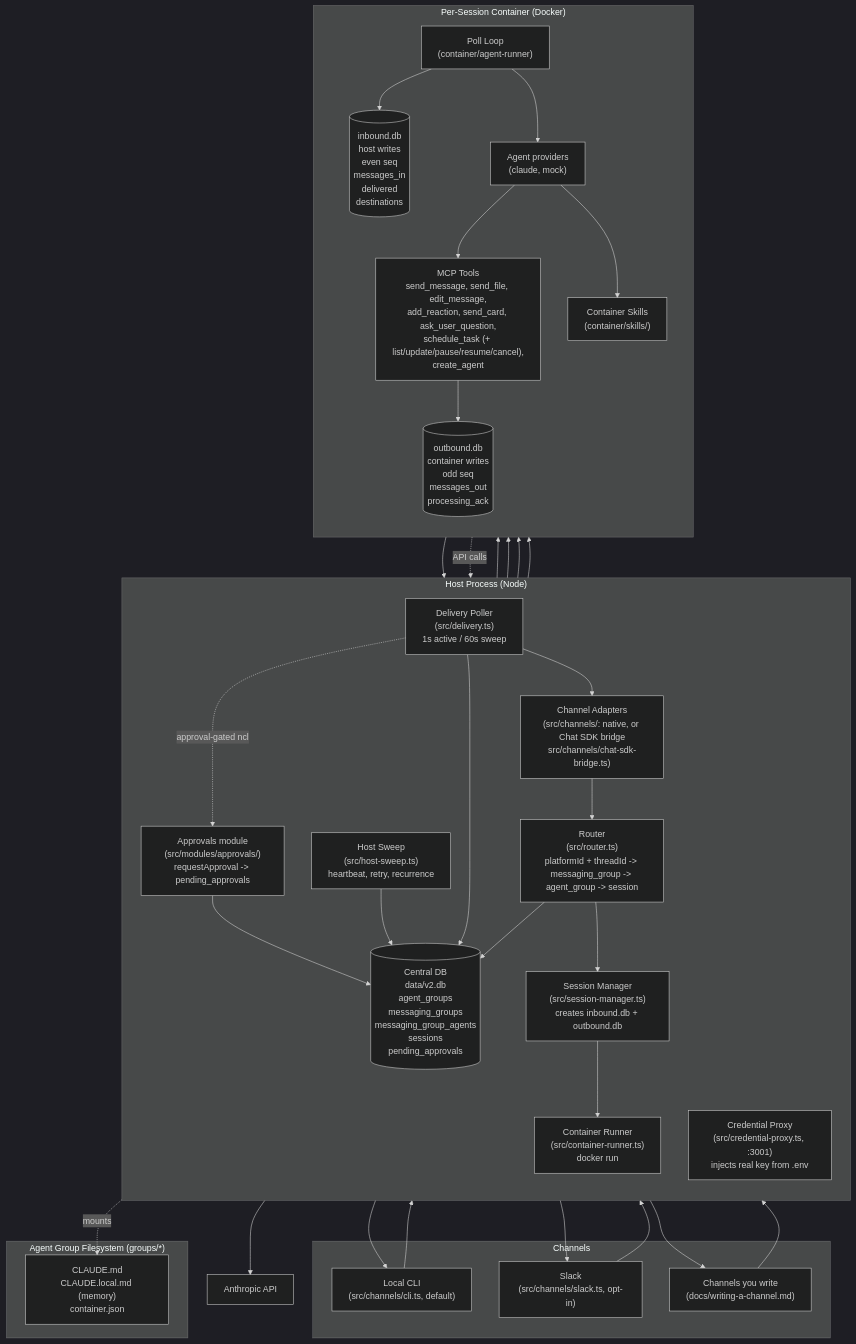
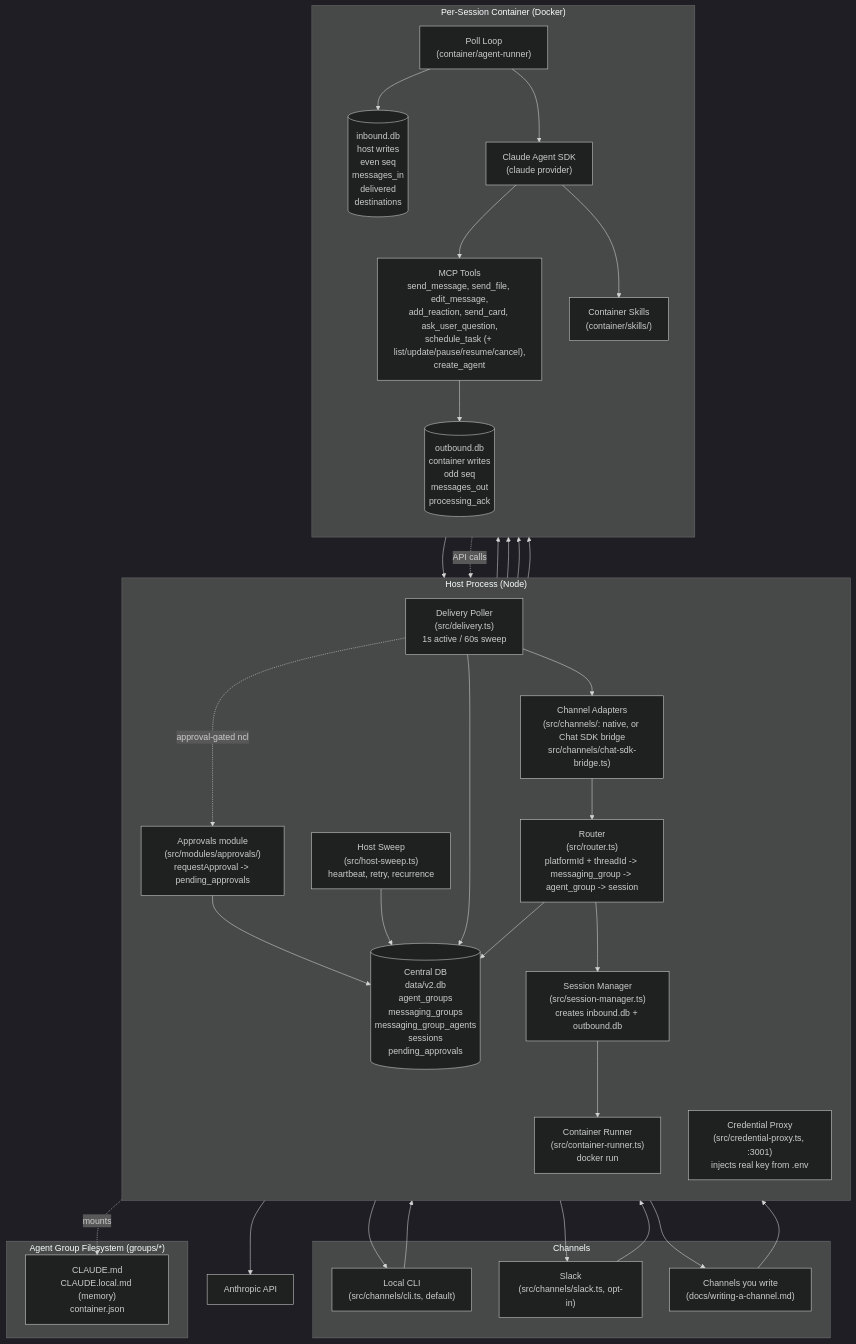
Before and after one commit to vlad-semenchuk/nanomika: the first of 5 diagrams in docs/architecture-diagram.md, drawn with Mermaid (dark theme). The commit also changed other lines of this file and 4 other files, not shown here.

Commit message:
docs: fix schema and diagram details found in review

````diff
--- a/docs/architecture-diagram.md
+++ b/docs/architecture-diagram.md
@@ -5,62 +5,62 @@
 ```mermaid
 flowchart TB
   subgraph Platforms["Channels"]
     P1["Local CLI<br/>(src/channels/cli.ts, default)"]
     P2["Slack<br/>(src/channels/slack.ts, opt-in)"]
     P3["Channels you write<br/>(docs/writing-a-channel.md)"]
   end
 
   subgraph Host["Host Process (Node)"]
     direction TB
     Bridge["Channel Adapters<br/>(src/channels/: native, or Chat SDK bridge<br/>src/channels/chat-sdk-bridge.ts)"]
     Router["Router<br/>(src/router.ts)<br/>platformId + threadId -> messaging_group -> agent_group -> session"]
     SessMgr["Session Manager<br/>(src/session-manager.ts)<br/>creates inbound.db + outbound.db"]
     Runner["Container Runner<br/>(src/container-runner.ts)<br/>docker run"]
     Delivery["Delivery Poller<br/>(src/delivery.ts)<br/>1s active / 60s sweep"]
     Sweep["Host Sweep<br/>(src/host-sweep.ts)<br/>heartbeat, retry, recurrence"]
     Central[("Central DB<br/>data/v2.db<br/>agent_groups<br/>messaging_groups<br/>messaging_group_agents<br/>sessions<br/>pending_approvals")]
     Approvals["Approvals module<br/>(src/modules/approvals/)<br/>requestApproval -> pending_approvals"]
     Proxy["Credential Proxy<br/>(src/credential-proxy.ts, :3001)<br/>injects real key from .env"]
   end
 
   Anthropic["Anthropic API"]
 
   subgraph Session["Per-Session Container (Docker)"]
     direction TB
     PollLoop["Poll Loop<br/>(container/agent-runner)"]
-    Provider["Agent providers<br/>(claude, mock)"]
+    Provider["Claude Agent SDK<br/>(claude provider)"]
     MCP["MCP Tools<br/>send_message, send_file, edit_message,<br/>add_reaction, send_card, ask_user_question,<br/>schedule_task (+ list/update/pause/resume/cancel),<br/>create_agent"]
     Skills["Container Skills<br/>(container/skills/)"]
     InDB[("inbound.db<br/>host writes<br/>even seq<br/>messages_in<br/>delivered<br/>destinations")]
     OutDB[("outbound.db<br/>container writes<br/>odd seq<br/>messages_out<br/>processing_ack")]
   end
 
   subgraph Groups["Agent Group Filesystem (groups/*)"]
     Folder["CLAUDE.md<br/>CLAUDE.local.md (memory)<br/>container.json"]
   end
 
   P1 & P2 & P3 --> Bridge
   Bridge --> Router
   Router --> Central
   Router --> SessMgr
   SessMgr --> InDB
   SessMgr --> Runner
   Runner --> PollLoop
   PollLoop --> InDB
   PollLoop --> Provider
   Provider --> MCP
   Provider --> Skills
   MCP --> OutDB
   OutDB --> Delivery
   Delivery --> Central
   Delivery --> Bridge
   Bridge --> P1 & P2 & P3
   Sweep --> InDB
   Sweep --> OutDB
   Sweep --> Central
   Runner -.mounts.-> Folder
   Delivery -.approval-gated ncl.-> Approvals
   Approvals --> Central
   Provider -.API calls.-> Proxy
   Proxy --> Anthropic
 ```
````
